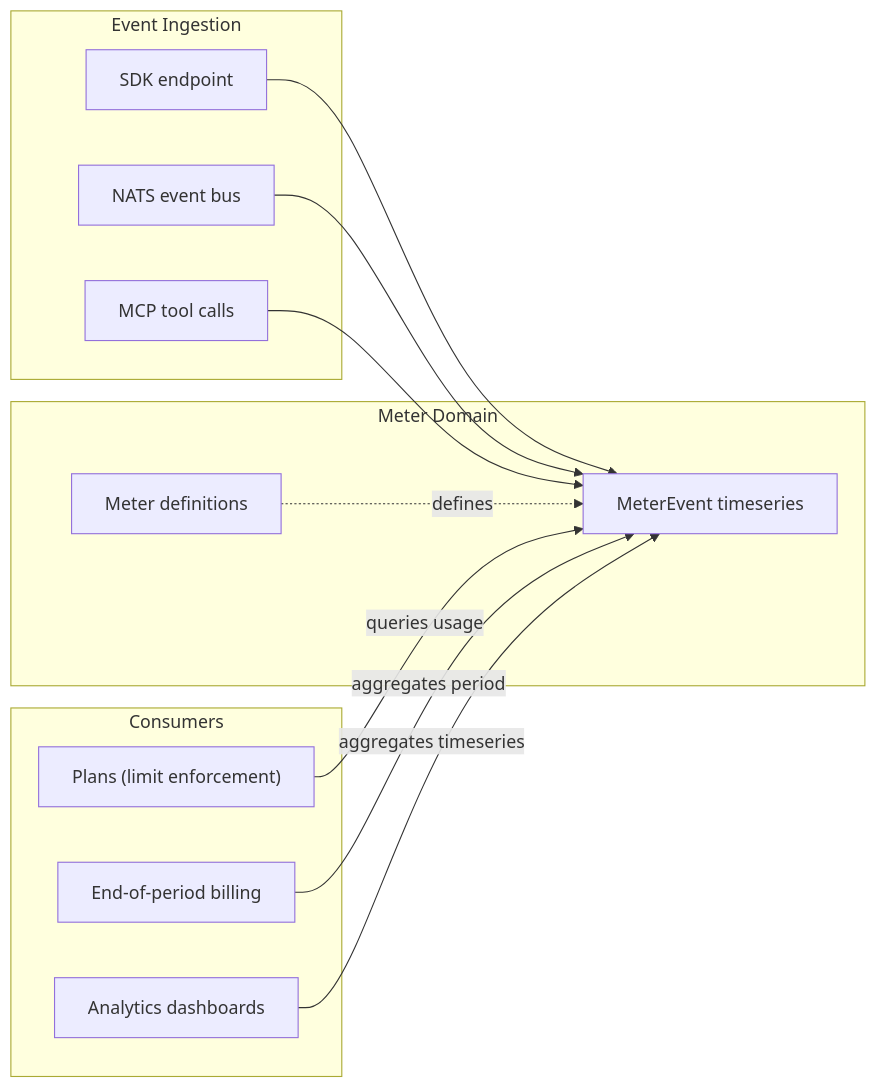
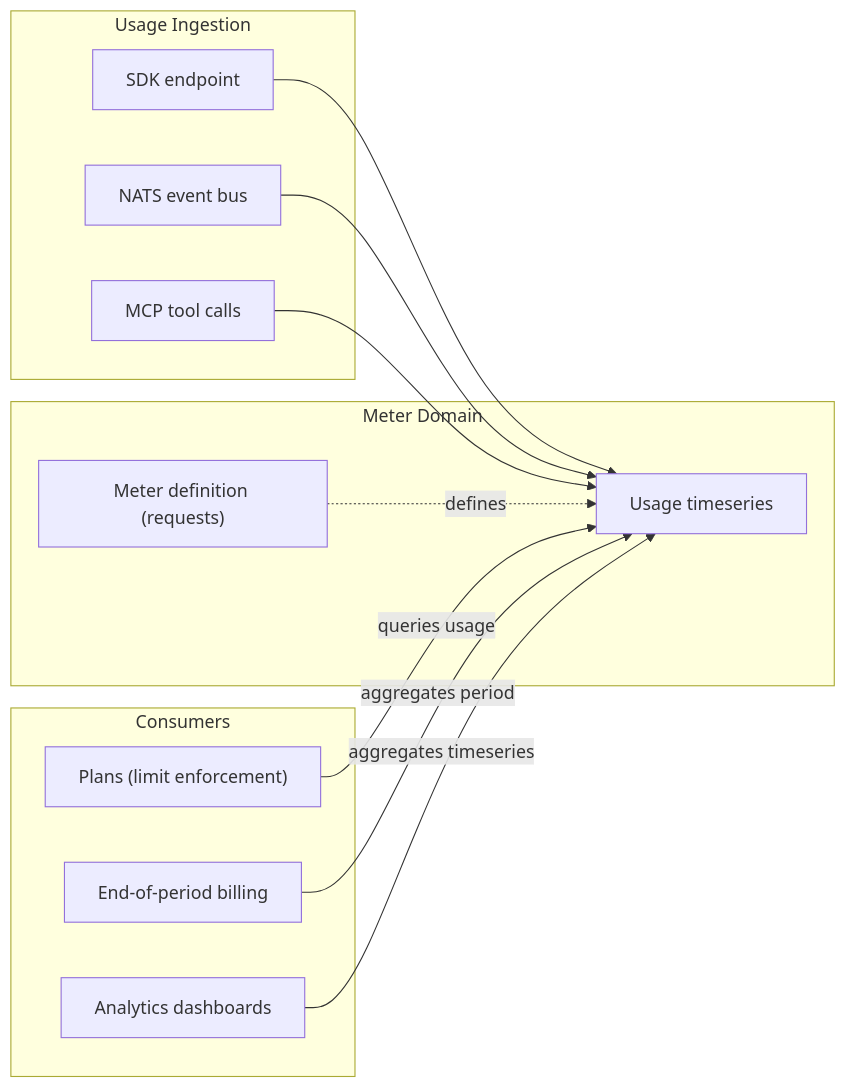
One commit to solvapay/docs changed the diagram in meters/overview.mdx. Above: the diagram before and after it, drawn with Mermaid. The commit also changed other lines of this file and 9 other files, not shown here.

````diff
--- a/meters/overview.mdx
+++ b/meters/overview.mdx
@@ -12,28 +12,28 @@
 ```mermaid
 graph LR
-    subgraph ingestion ["Event Ingestion"]
+    subgraph ingestion ["Usage Ingestion"]
         SDK["SDK endpoint"]
         NATS["NATS event bus"]
         MCP["MCP tool calls"]
     end
 
     subgraph meterDomain ["Meter Domain"]
-        Meter["Meter definitions"]
-        TS["MeterEvent timeseries"]
+        Meter["Meter definition (requests)"]
+        TS["Usage timeseries"]
     end
 
     subgraph consumers ["Consumers"]
         Plans["Plans (limit enforcement)"]
         Billing["End-of-period billing"]
         Analytics["Analytics dashboards"]
     end
 
     SDK --> TS
     NATS --> TS
     MCP --> TS
     Meter -.->|defines| TS
 
     Plans -->|queries usage| TS
     Billing -->|aggregates period| TS
     Analytics -->|aggregates timeseries| TS
 ```
````
